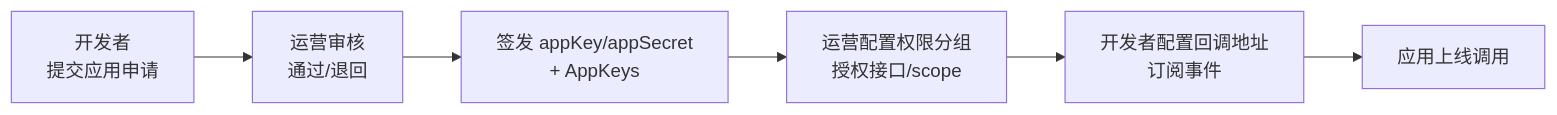
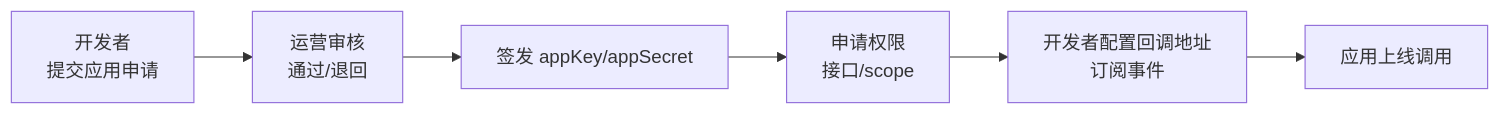
One commit to henhen6/mdp-docs changed the first of 5 diagrams in src/doc/advanced/open/架构设计.md. Above: the diagram before and after it, drawn with Mermaid. The commit also changed other lines of this file and 15 other files, not shown here.

````diff
--- a/src/doc/advanced/open/架构设计.md
+++ b/src/doc/advanced/open/架构设计.md
@@ -26,8 +26,8 @@
 ```mermaid
 flowchart LR
     A["开发者<br/>提交应用申请"] --> B["运营审核<br/>通过/退回"]
-    B --> C["签发 appKey/appSecret<br/>+ AppKeys"]
-    C --> D["运营配置权限分组<br/>授权接口/scope"]
+    B --> C["签发 appKey/appSecret"]
+    C --> D["申请权限<br/>接口/scope"]
     D --> E["开发者配置回调地址<br/>订阅事件"]
     E --> F["应用上线调用"]
 ```
````
